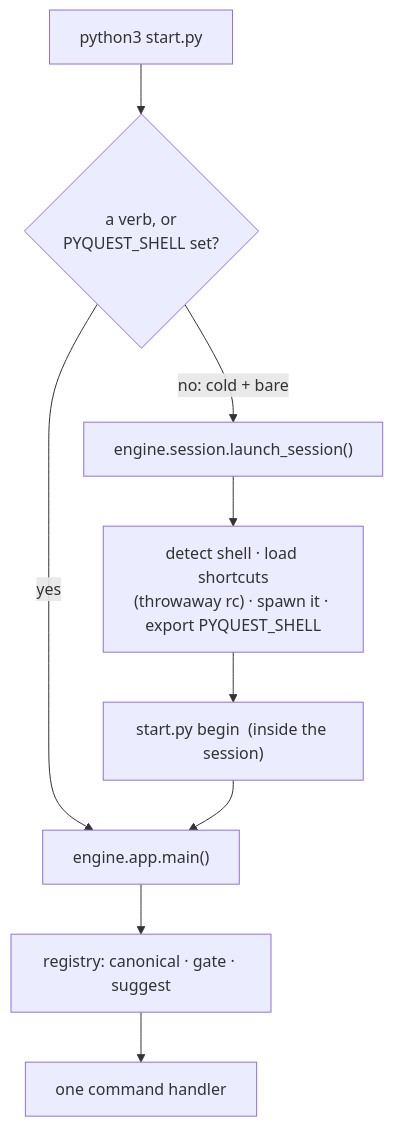
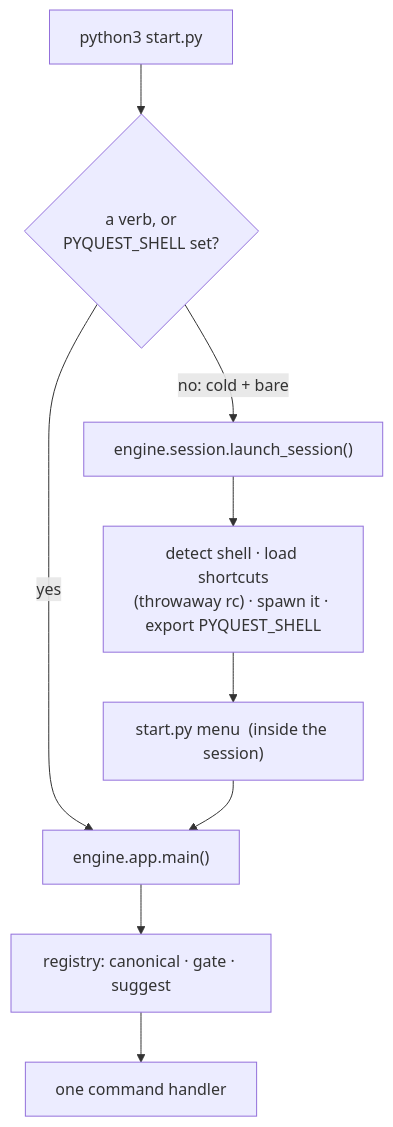
One commit to N041M/PyQuest changed the second of 10 diagrams in docs/architecture/engine-core.md. Above: the diagram before and after it, drawn with Mermaid. The commit also changed other lines of this file and 23 other files, not shown here.

Commit message:
Remove begin (use menu); split next (needs solve) from skip (forced advance)

````diff
--- a/docs/architecture/engine-core.md
+++ b/docs/architecture/engine-core.md
@@ -50,11 +50,11 @@
 ```mermaid
 flowchart TB
     s["python3 start.py"] --> q{"a verb, or<br/>PYQUEST_SHELL set?"}
     q -- "no: cold + bare" --> sess["engine.session.launch_session()"]
     sess --> sh["detect shell · load shortcuts<br/>(throwaway rc) · spawn it · export PYQUEST_SHELL"]
-    sh --> beg["start.py begin  (inside the session)"]
+    sh --> beg["start.py menu  (inside the session)"]
     q -- "yes" --> app["engine.app.main()"]
     beg --> app
     app --> reg["registry: canonical · gate · suggest"]
     reg --> h["one command handler"]
 ```
````
